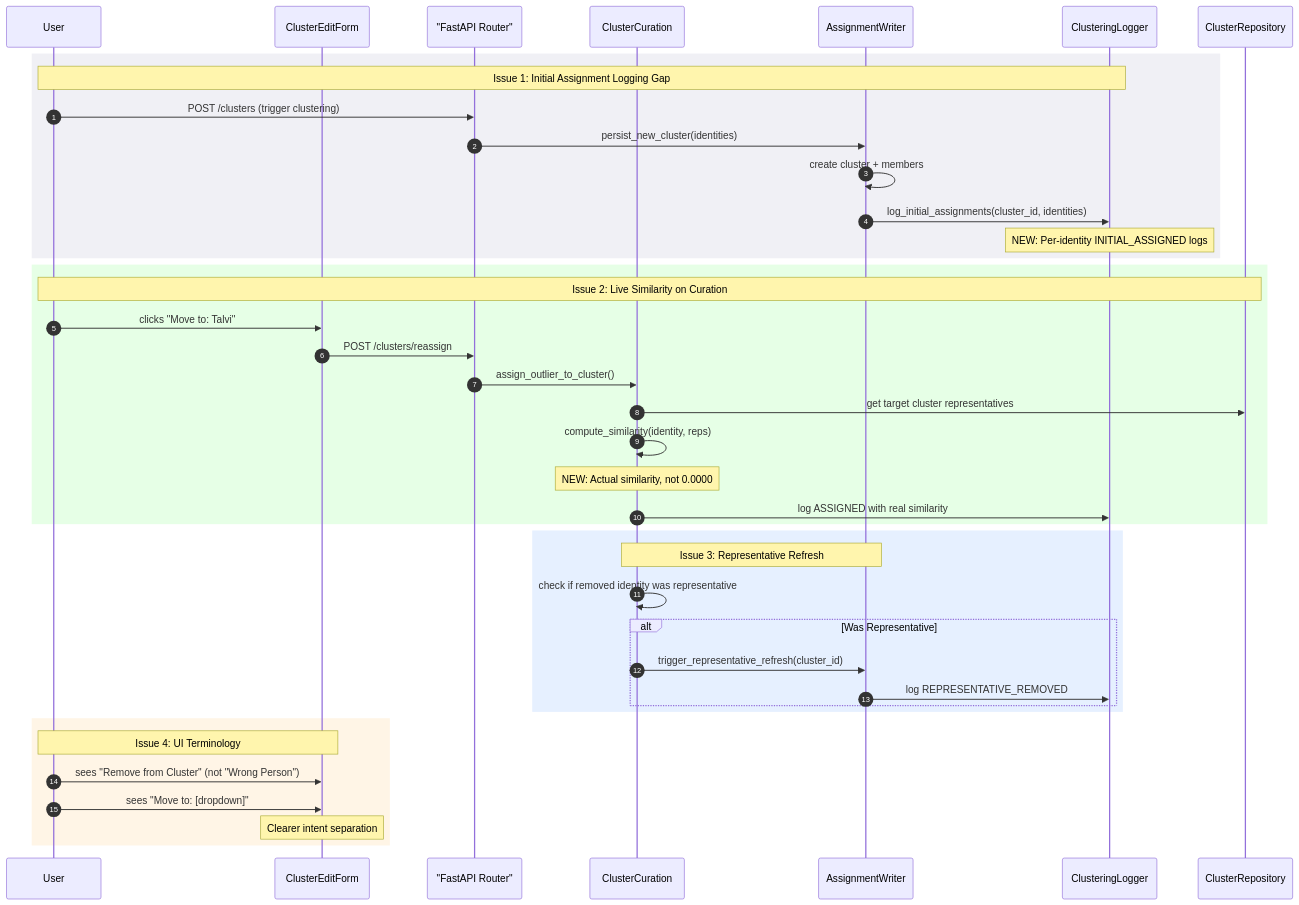
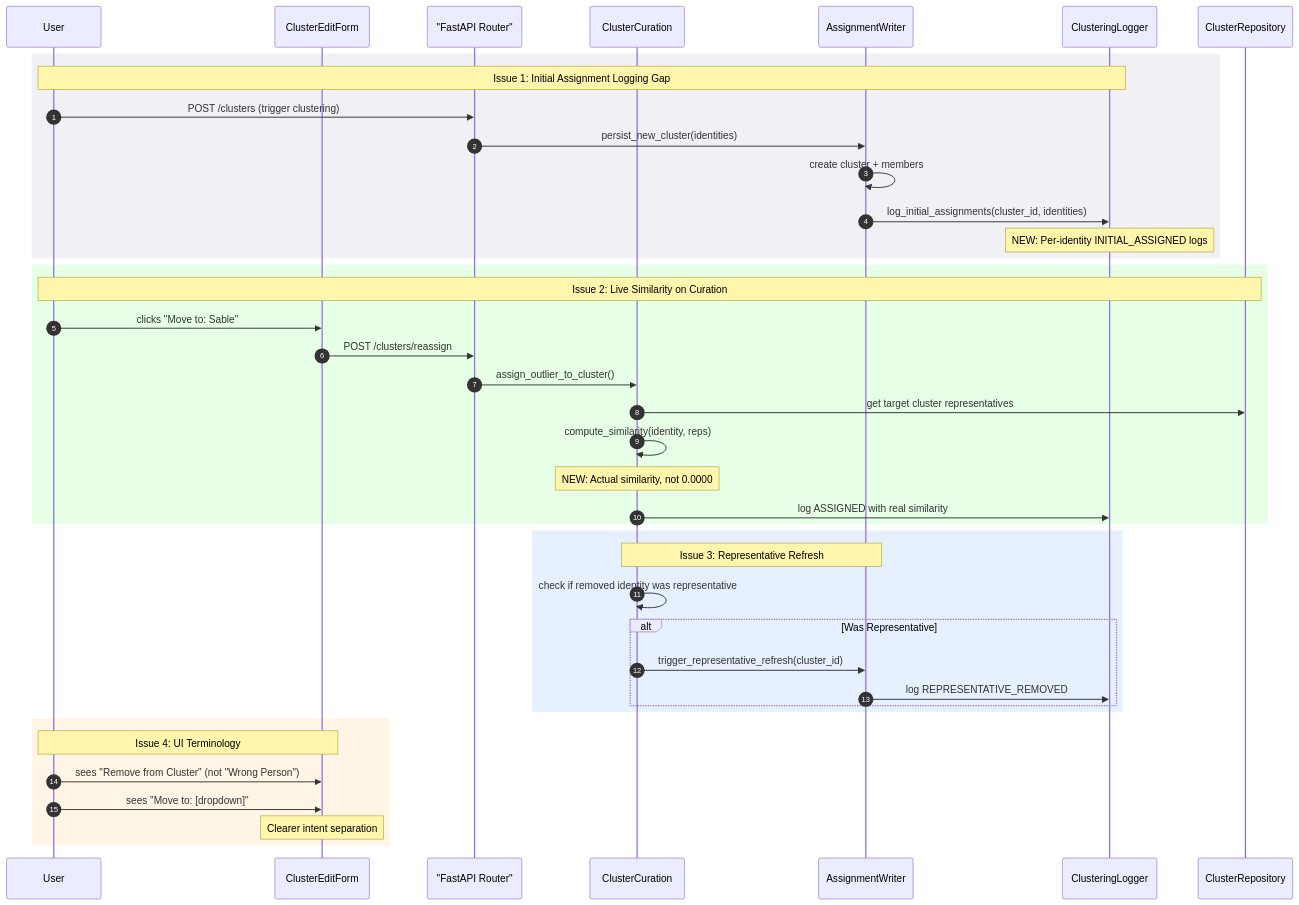
Before and after one commit to darce/context-alt-text-monorepo: the diagram in docs/archive/tasks/4.0/4.10.2/curation-logging-and-recompute-plan.md, drawn with Mermaid. The commit also changed 147 other files, not shown here.

````diff
--- a/docs/archive/tasks/4.0/4.10.2/curation-logging-and-recompute-plan.md
+++ b/docs/archive/tasks/4.0/4.10.2/curation-logging-and-recompute-plan.md
@@ -16,47 +16,47 @@
 ```mermaid
 sequenceDiagram
     autonumber
     participant User as User
     participant UI as ClusterEditForm
     participant API as "FastAPI Router"
     participant Curation as ClusterCuration
     participant Writer as AssignmentWriter
     participant Logger as ClusteringLogger
     participant Repo as ClusterRepository
 
     rect rgb(240, 240, 245)
     Note over User,Logger: Issue 1: Initial Assignment Logging Gap
     User->>API: POST /clusters (trigger clustering)
     API->>Writer: persist_new_cluster(identities)
     Writer->>Writer: create cluster + members
     Writer->>Logger: log_initial_assignments(cluster_id, identities)
     Note over Logger: NEW: Per-identity INITIAL_ASSIGNED logs
     end
 
     rect rgb(230, 255, 230)
     Note over User,Repo: Issue 2: Live Similarity on Curation
-    User->>UI: clicks "Move to: Talvi"
+    User->>UI: clicks "Move to: Sable"
     UI->>API: POST /clusters/reassign
     API->>Curation: assign_outlier_to_cluster()
     Curation->>Repo: get target cluster representatives
     Curation->>Curation: compute_similarity(identity, reps)
     Note over Curation: NEW: Actual similarity, not 0.0000
     Curation->>Logger: log ASSIGNED with real similarity
     end
 
     rect rgb(230, 240, 255)
     Note over Curation,Writer: Issue 3: Representative Refresh
     Curation->>Curation: check if removed identity was representative
     alt Was Representative
         Curation->>Writer: trigger_representative_refresh(cluster_id)
         Writer->>Logger: log REPRESENTATIVE_REMOVED
     end
     end
 
     rect rgb(255, 245, 230)
     Note over User,UI: Issue 4: UI Terminology
     User->>UI: sees "Remove from Cluster" (not "Wrong Person")
     User->>UI: sees "Move to: [dropdown]"
     Note over UI: Clearer intent separation
     end
 ```
````
